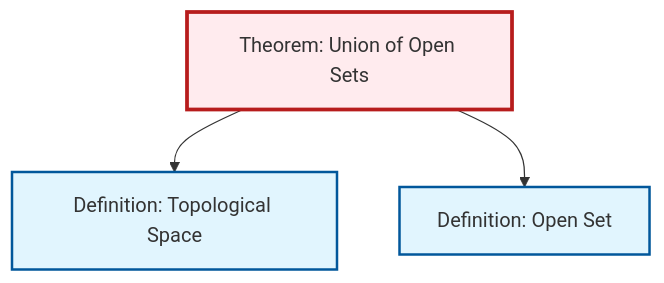
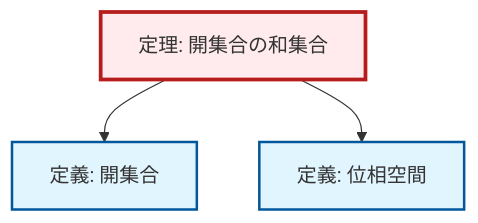
Before and after one commit to RK0429/ModernMath: the diagram in content/ja/topology/thm-union-open-sets.qmd, drawn with Mermaid. The commit also changed 1069 other files, not shown here.

````diff
--- a/content/ja/topology/thm-union-open-sets.qmd
+++ b/content/ja/topology/thm-union-open-sets.qmd
@@ -61,17 +61,17 @@
 ```{mermaid}
 %%| fig-cap: "Local dependency graph"
 graph TD
     classDef definition fill:#e1f5fe,stroke:#01579b,stroke-width:2px
     classDef theorem fill:#f3e5f5,stroke:#4a148c,stroke-width:2px
     classDef axiom fill:#fff3e0,stroke:#e65100,stroke-width:2px
     classDef example fill:#e8f5e9,stroke:#1b5e20,stroke-width:2px
     classDef current fill:#ffebee,stroke:#b71c1c,stroke-width:3px
-    def-open-set["Definition: Open Set"]:::definition
-    def-topological-space["Definition: Topological Space"]:::definition
-    thm-union-open-sets["Theorem: Union of Open Sets"]:::theorem
+    def-topological-space["定義: 位相空間"]:::definition
+    thm-union-open-sets["定理: 開集合の和集合"]:::theorem
+    def-open-set["定義: 開集合"]:::definition
+    thm-union-open-sets --> def-open-set
     thm-union-open-sets --> def-topological-space
-    thm-union-open-sets --> def-open-set
     class thm-union-open-sets current
-    click def-open-set "def-open-set.html" "Definition: Open Setへ"
-    click def-topological-space "def-topological-space.html" "Definition: Topological Spaceへ"
+    click def-topological-space "def-topological-space.html" "位相空間の定義へ"
+    click def-open-set "def-open-set.html" "開集合の定義へ"
 ```
````
